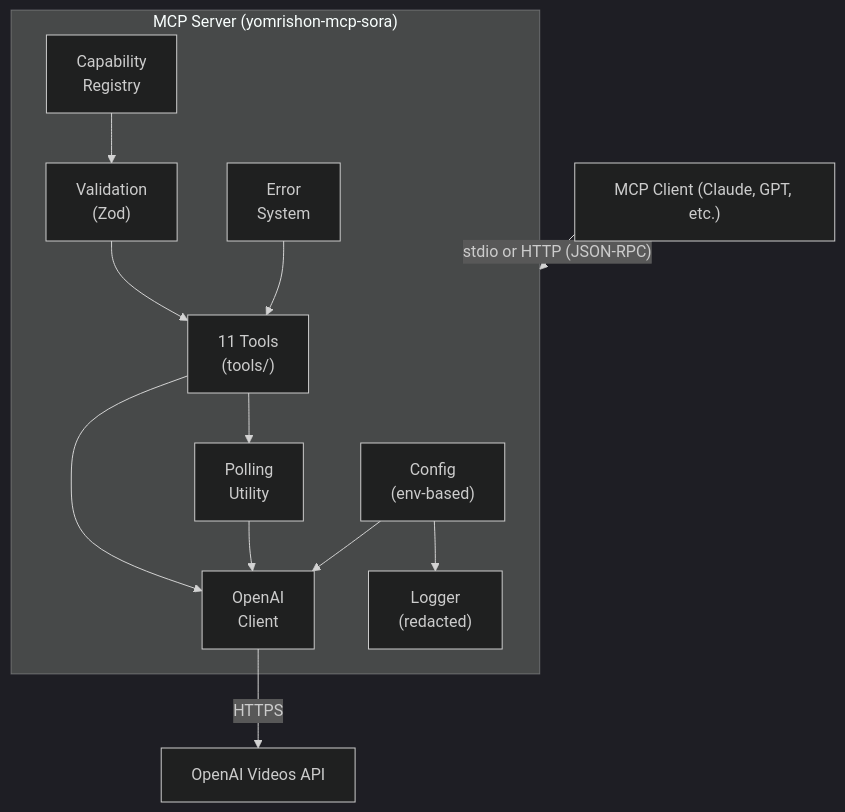
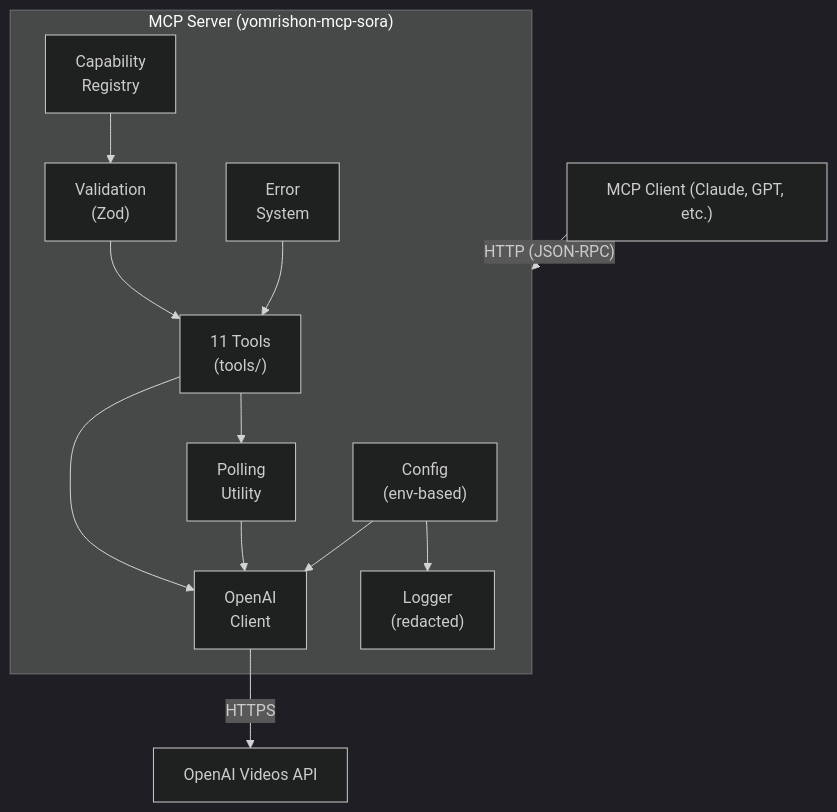
The diagram in README.md (hewlettenterprise/yomrishon-mcp-sora), drawn with Mermaid (dark theme) before and after one commit. The commit also changed other lines of this file and 7 other files, not shown here.

````diff
--- a/README.md
+++ b/README.md
@@ -11,27 +11,27 @@
 ```mermaid
 graph TD
     Client["MCP Client (Claude, GPT, etc.)"]
-    Client -->|"stdio or HTTP (JSON-RPC)"| Server
+    Client -->|"HTTP (JSON-RPC)"| Server
 
     subgraph Server["MCP Server (yomrishon-mcp-sora)"]
         Tools["11 Tools<br/>(tools/)"]
         Validation["Validation<br/>(Zod)"]
         Capabilities["Capability<br/>Registry"]
         OpenAIClient["OpenAI<br/>Client"]
         Polling["Polling<br/>Utility"]
         Logger["Logger<br/>(redacted)"]
         Errors["Error<br/>System"]
         Config["Config<br/>(env-based)"]
 
         Capabilities --> Validation
         Validation --> Tools
         Tools --> OpenAIClient
         Tools --> Polling
         Polling --> OpenAIClient
         Config --> OpenAIClient
         Config --> Logger
         Errors --> Tools
     end
 
     OpenAIClient -->|HTTPS| API["OpenAI Videos API"]
 ```
````
